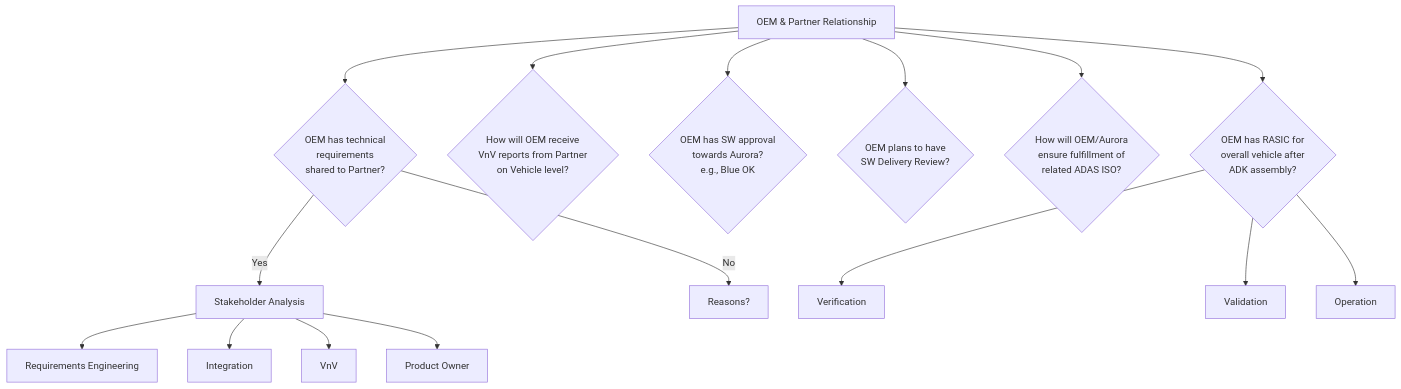
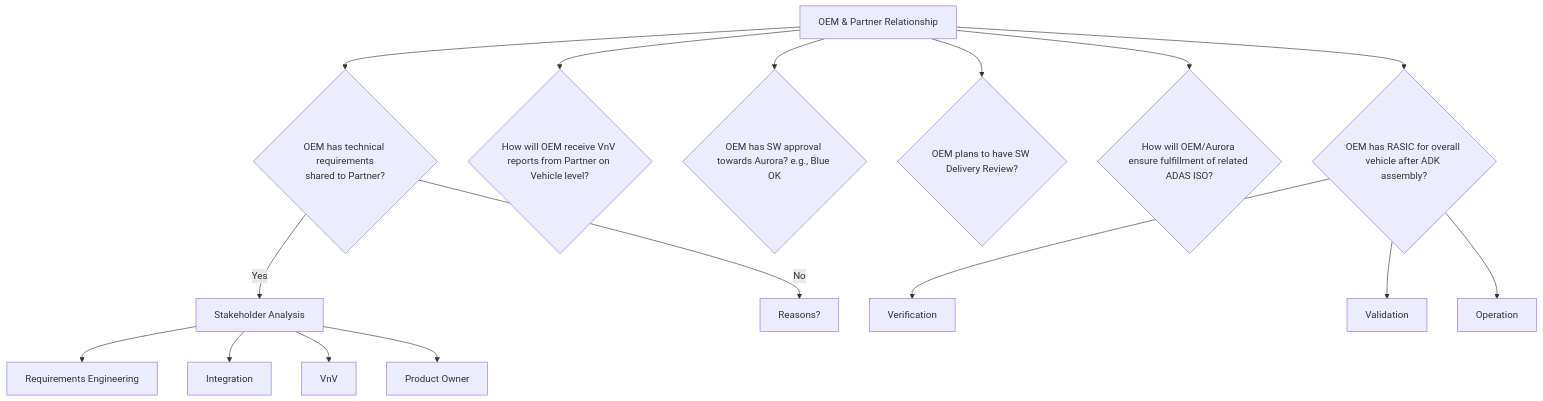
The diagram in swpartner.md (JaewooJoung/sqe), drawn with Mermaid before and after one commit.

````diff
--- a/swpartner.md
+++ b/swpartner.md
@@ -1,27 +1,27 @@
 ```mermaid
 flowchart TD
     A[OEM & Partner Relationship]
     
-    A --> B{OEM has technical \n requirements\nshared to Partner?}
+    A --> B{OEM has technical requirements\nshared to Partner?}
     
     B -->|Yes| C[Stakeholder Analysis]
     C --> C1[Requirements Engineering]
     C --> C2[Integration]
     C --> C3[VnV]
     C --> C4[Product Owner]
     
     B -->|No| D[Reasons?]
     
-    A --> E{How will OEM receive\nVnV reports from Partner\non Vehicle level?}
+    A --> E{How will OEM receive VnV reports from Partner on Vehicle level?}
     
-    A --> F{OEM has SW approval\ntowards Aurora?\ne.g., Blue OK}
+    A --> F{OEM has SW approval towards Aurora? e.g., Blue OK}
     
-    A --> G{OEM plans to have\nSW Delivery Review?}
+    A --> G{OEM plans to have SW Delivery Review?}
     
-    A --> H{How will OEM/Aurora\nensure fulfillment of\nrelated ADAS ISO?}
+    A --> H{How will OEM/Aurora ensure fulfillment of related ADAS ISO?}
     
-    A --> I{OEM has RASIC for\noverall vehicle after\nADK assembly?}
+    A --> I{OEM has RASIC for overall vehicle after ADK assembly?}
     I --> I1[Verification]
     I --> I2[Validation]
     I --> I3[Operation]
 ```
````
